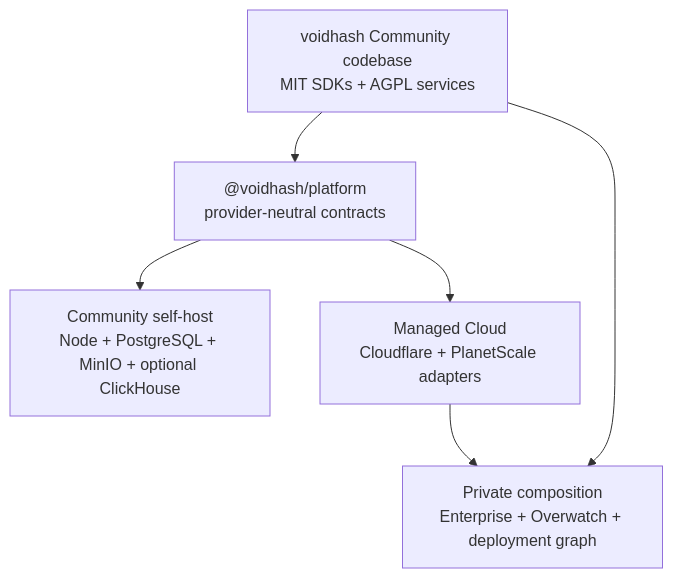
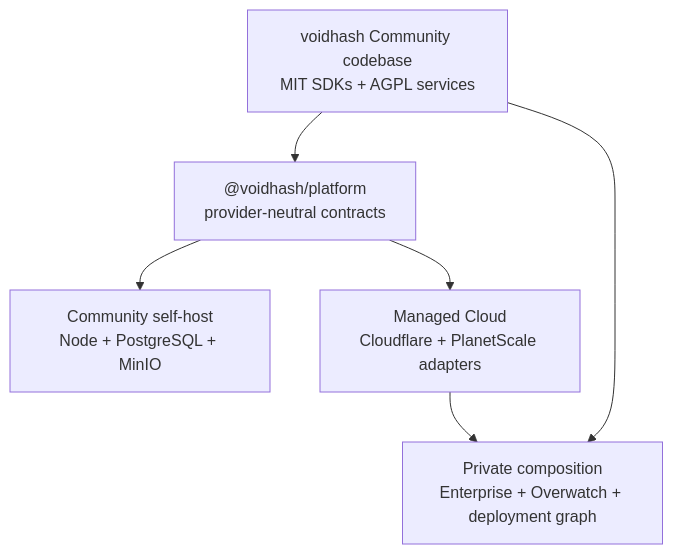
The diagram in docs/architecture.md (voidhashcom/voidhash), drawn with Mermaid before and after one commit. The commit also changed other lines of this file and 162 other files, not shown here.

Commit message:
feat: add PostgreSQL community analytics

````diff
--- a/docs/architecture.md
+++ b/docs/architecture.md
@@ -10,14 +10,14 @@
 ```mermaid
 flowchart TD
   Community["voidhash Community codebase<br/>MIT SDKs + AGPL services"]
   Platform["@voidhash/platform<br/>provider-neutral contracts"]
-  Node["Community self-host<br/>Node + PostgreSQL + MinIO + optional ClickHouse"]
+  Node["Community self-host<br/>Node + PostgreSQL + MinIO"]
   Cloud["Managed Cloud<br/>Cloudflare + PlanetScale adapters"]
   Private["Private composition<br/>Enterprise + Overwatch + deployment graph"]
 
   Community --> Platform
   Platform --> Node
   Platform --> Cloud
   Community --> Private
   Cloud --> Private
 ```
````
